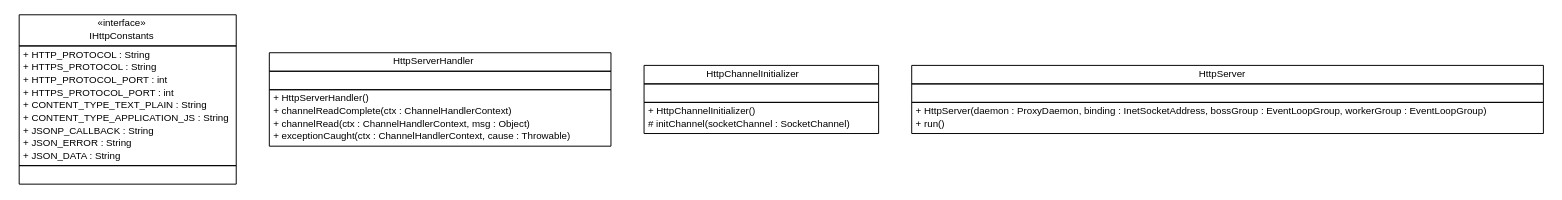
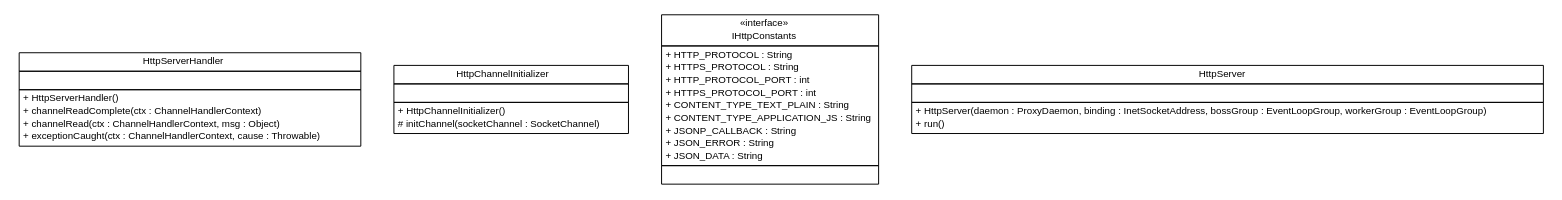
Before and after one commit to pcross616/lf-osc-proxy: the diagram in apidocs/com/xley/lfosc/http/server/com.xley.lfosc.http.server.dot, drawn with Graphviz. The commit also changed 340 other files, not shown here.

```diff
--- a/apidocs/com/xley/lfosc/http/server/com.xley.lfosc.http.server.dot
+++ b/apidocs/com/xley/lfosc/http/server/com.xley.lfosc.http.server.dot
@@ -1,74 +1,74 @@
 #!/usr/local/bin/dot
 #
 # Class diagram 
 # Generated by UMLGraph version R5_6 (http://www.umlgraph.org/)
 #
 
 digraph G {
 	edge [fontname="Helvetica",fontsize=10,labelfontname="Helvetica",labelfontsize=10];
 	node [fontname="Helvetica",fontsize=10,shape=plaintext];
 	nodesep=0.25;
 	ranksep=0.5;
+	// com.xley.lfosc.http.server.HttpServerHandler
+	c381 [label=<<table title="com.xley.lfosc.http.server.HttpServerHandler" border="0" cellborder="1" cellspacing="0" cellpadding="2" port="p" href="./HttpServerHandler.html">
+		<tr><td><table border="0" cellspacing="0" cellpadding="1">
+<tr><td align="center" balign="center"> HttpServerHandler </td></tr>
+		</table></td></tr>
+		<tr><td><table border="0" cellspacing="0" cellpadding="1">
+<tr><td align="left" balign="left">  </td></tr>
+		</table></td></tr>
+		<tr><td><table border="0" cellspacing="0" cellpadding="1">
+<tr><td align="left" balign="left"> + HttpServerHandler() </td></tr>
+<tr><td align="left" balign="left"> + channelReadComplete(ctx : ChannelHandlerContext) </td></tr>
+<tr><td align="left" balign="left"> + channelRead(ctx : ChannelHandlerContext, msg : Object) </td></tr>
+<tr><td align="left" balign="left"> + exceptionCaught(ctx : ChannelHandlerContext, cause : Throwable) </td></tr>
+		</table></td></tr>
+		</table>>, URL="./HttpServerHandler.html", fontname="Helvetica", fontcolor="black", fontsize=10.0];
+	// com.xley.lfosc.http.server.HttpChannelInitializer
+	c382 [label=<<table title="com.xley.lfosc.http.server.HttpChannelInitializer" border="0" cellborder="1" cellspacing="0" cellpadding="2" port="p" href="./HttpChannelInitializer.html">
+		<tr><td><table border="0" cellspacing="0" cellpadding="1">
+<tr><td align="center" balign="center"> HttpChannelInitializer </td></tr>
+		</table></td></tr>
+		<tr><td><table border="0" cellspacing="0" cellpadding="1">
+<tr><td align="left" balign="left">  </td></tr>
+		</table></td></tr>
+		<tr><td><table border="0" cellspacing="0" cellpadding="1">
+<tr><td align="left" balign="left"> + HttpChannelInitializer() </td></tr>
+<tr><td align="left" balign="left"> # initChannel(socketChannel : SocketChannel) </td></tr>
+		</table></td></tr>
+		</table>>, URL="./HttpChannelInitializer.html", fontname="Helvetica", fontcolor="black", fontsize=10.0];
 	// com.xley.lfosc.http.server.IHttpConstants
-	c549 [label=<<table title="com.xley.lfosc.http.server.IHttpConstants" border="0" cellborder="1" cellspacing="0" cellpadding="2" port="p" href="./IHttpConstants.html">
+	c383 [label=<<table title="com.xley.lfosc.http.server.IHttpConstants" border="0" cellborder="1" cellspacing="0" cellpadding="2" port="p" href="./IHttpConstants.html">
 		<tr><td><table border="0" cellspacing="0" cellpadding="1">
 <tr><td align="center" balign="center"> &#171;interface&#187; </td></tr>
 <tr><td align="center" balign="center"> IHttpConstants </td></tr>
 		</table></td></tr>
 		<tr><td><table border="0" cellspacing="0" cellpadding="1">
 <tr><td align="left" balign="left"> + HTTP_PROTOCOL : String </td></tr>
 <tr><td align="left" balign="left"> + HTTPS_PROTOCOL : String </td></tr>
 <tr><td align="left" balign="left"> + HTTP_PROTOCOL_PORT : int </td></tr>
 <tr><td align="left" balign="left"> + HTTPS_PROTOCOL_PORT : int </td></tr>
 <tr><td align="left" balign="left"> + CONTENT_TYPE_TEXT_PLAIN : String </td></tr>
 <tr><td align="left" balign="left"> + CONTENT_TYPE_APPLICATION_JS : String </td></tr>
 <tr><td align="left" balign="left"> + JSONP_CALLBACK : String </td></tr>
 <tr><td align="left" balign="left"> + JSON_ERROR : String </td></tr>
 <tr><td align="left" balign="left"> + JSON_DATA : String </td></tr>
 		</table></td></tr>
 		<tr><td><table border="0" cellspacing="0" cellpadding="1">
 <tr><td align="left" balign="left">  </td></tr>
 		</table></td></tr>
 		</table>>, URL="./IHttpConstants.html", fontname="Helvetica", fontcolor="black", fontsize=10.0];
-	// com.xley.lfosc.http.server.HttpServerHandler
-	c550 [label=<<table title="com.xley.lfosc.http.server.HttpServerHandler" border="0" cellborder="1" cellspacing="0" cellpadding="2" port="p" href="./HttpServerHandler.html">
-		<tr><td><table border="0" cellspacing="0" cellpadding="1">
-<tr><td align="center" balign="center"> HttpServerHandler </td></tr>
-		</table></td></tr>
-		<tr><td><table border="0" cellspacing="0" cellpadding="1">
-<tr><td align="left" balign="left">  </td></tr>
-		</table></td></tr>
-		<tr><td><table border="0" cellspacing="0" cellpadding="1">
-<tr><td align="left" balign="left"> + HttpServerHandler() </td></tr>
-<tr><td align="left" balign="left"> + channelReadComplete(ctx : ChannelHandlerContext) </td></tr>
-<tr><td align="left" balign="left"> + channelRead(ctx : ChannelHandlerContext, msg : Object) </td></tr>
-<tr><td align="left" balign="left"> + exceptionCaught(ctx : ChannelHandlerContext, cause : Throwable) </td></tr>
-		</table></td></tr>
-		</table>>, URL="./HttpServerHandler.html", fontname="Helvetica", fontcolor="black", fontsize=10.0];
-	// com.xley.lfosc.http.server.HttpChannelInitializer
-	c551 [label=<<table title="com.xley.lfosc.http.server.HttpChannelInitializer" border="0" cellborder="1" cellspacing="0" cellpadding="2" port="p" href="./HttpChannelInitializer.html">
-		<tr><td><table border="0" cellspacing="0" cellpadding="1">
-<tr><td align="center" balign="center"> HttpChannelInitializer </td></tr>
-		</table></td></tr>
-		<tr><td><table border="0" cellspacing="0" cellpadding="1">
-<tr><td align="left" balign="left">  </td></tr>
-		</table></td></tr>
-		<tr><td><table border="0" cellspacing="0" cellpadding="1">
-<tr><td align="left" balign="left"> + HttpChannelInitializer() </td></tr>
-<tr><td align="left" balign="left"> # initChannel(socketChannel : SocketChannel) </td></tr>
-		</table></td></tr>
-		</table>>, URL="./HttpChannelInitializer.html", fontname="Helvetica", fontcolor="black", fontsize=10.0];
 	// com.xley.lfosc.http.server.HttpServer
-	c552 [label=<<table title="com.xley.lfosc.http.server.HttpServer" border="0" cellborder="1" cellspacing="0" cellpadding="2" port="p" href="./HttpServer.html">
+	c384 [label=<<table title="com.xley.lfosc.http.server.HttpServer" border="0" cellborder="1" cellspacing="0" cellpadding="2" port="p" href="./HttpServer.html">
 		<tr><td><table border="0" cellspacing="0" cellpadding="1">
 <tr><td align="center" balign="center"> HttpServer </td></tr>
 		</table></td></tr>
 		<tr><td><table border="0" cellspacing="0" cellpadding="1">
 <tr><td align="left" balign="left">  </td></tr>
 		</table></td></tr>
 		<tr><td><table border="0" cellspacing="0" cellpadding="1">
 <tr><td align="left" balign="left"> + HttpServer(daemon : ProxyDaemon, binding : InetSocketAddress, bossGroup : EventLoopGroup, workerGroup : EventLoopGroup) </td></tr>
 <tr><td align="left" balign="left"> + run() </td></tr>
 		</table></td></tr>
 		</table>>, URL="./HttpServer.html", fontname="Helvetica", fontcolor="black", fontsize=10.0];
 }
```
